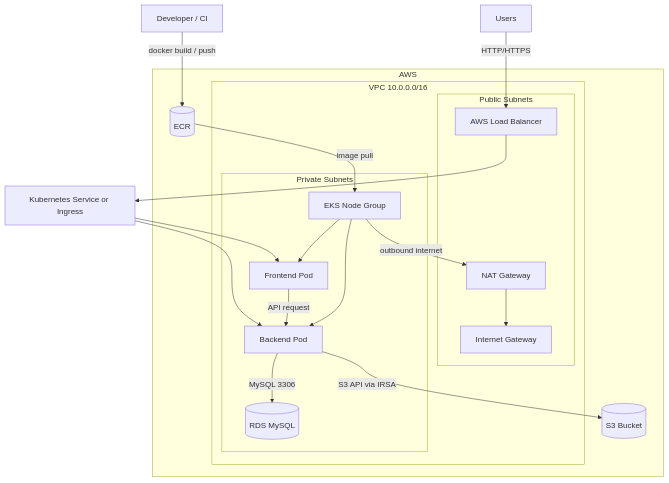
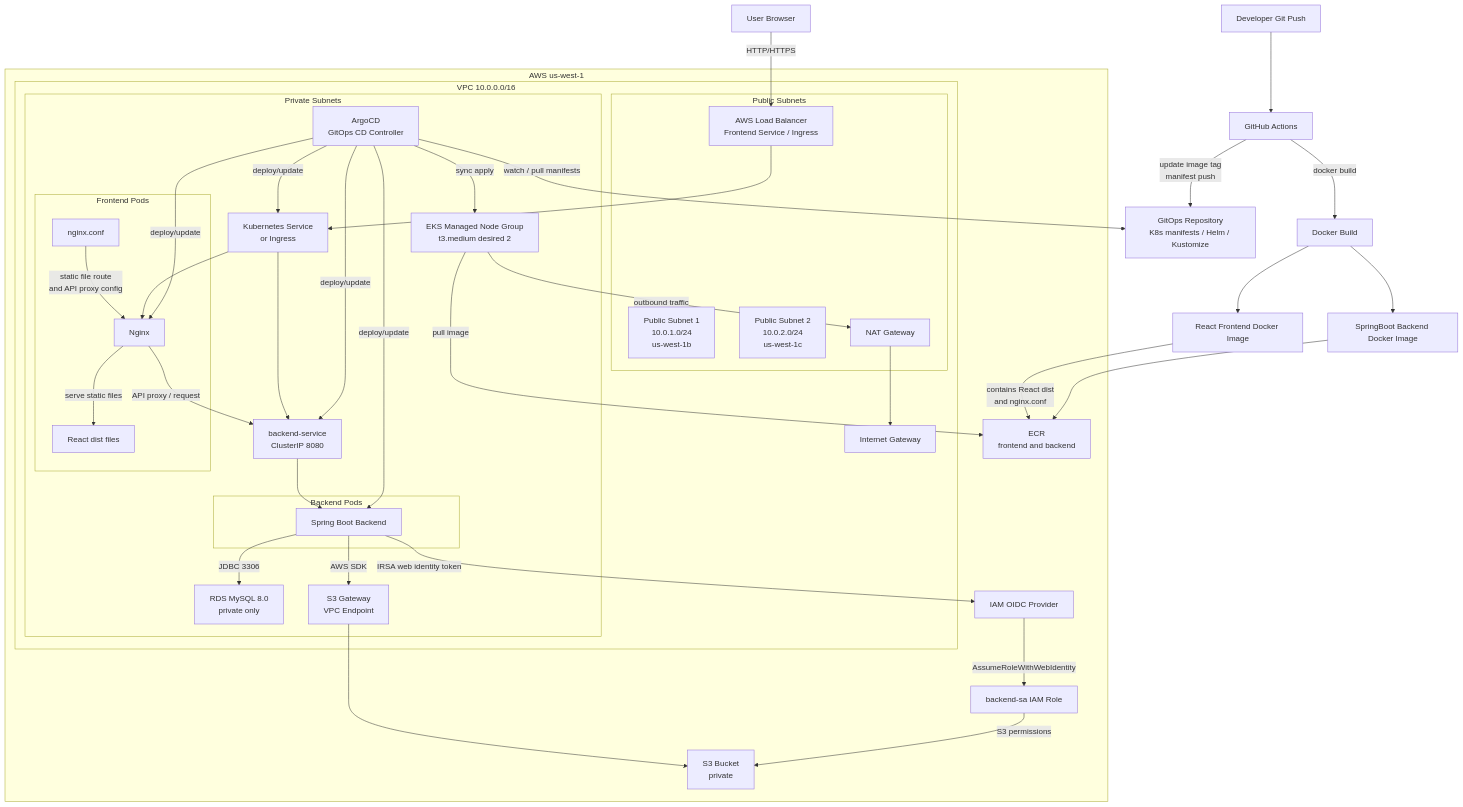
Before and after one commit to mmije0ng/Rookies_Terraform-k8s-infra: the diagram in README.md, drawn with Mermaid. The commit also changed other lines of this file and 7 other files, not shown here.

First line of the commit message:
docs: update ArgoCD architecture documentation

````diff
--- a/README.md
+++ b/README.md
@@ -71,39 +63,129 @@
 ```mermaid
 flowchart TB
-    users[Users] -->|HTTP/HTTPS| lb[AWS Load Balancer]
-    lb --> svc[Kubernetes Service or Ingress]
-    svc --> frontend[Frontend Pod]
-    svc --> backend[Backend Pod]
+    users["User Browser"]
 
-    frontend -->|API request| backend
-    backend -->|MySQL 3306| rds[(RDS MySQL)]
-    backend -->|S3 API via IRSA| s3[(S3 Bucket)]
+    dev["Developer Git Push"]
+    gh["GitHub Actions"]
+    repo["GitOps Repository<br/>K8s manifests / Helm / Kustomize"]
 
-    ci[Developer / CI] -->|docker build / push| ecr[(ECR)]
-    ecr -->|image pull| node[EKS Node Group]
-    node --> frontend
-    node --> backend
-    node -->|outbound internet| nat
+    subgraph aws["AWS us-west-1"]
 
-    subgraph aws["AWS"]
         subgraph vpc["VPC 10.0.0.0/16"]
-            subgraph public_subnets["Public Subnets"]
-                lb
-                nat[NAT Gateway]
-                igw[Internet Gateway]
+
+            igw["Internet Gateway"]
+
+            subgraph publicSubnets["Public Subnets"]
+
+                pub1["Public Subnet 1<br/>10.0.1.0/24<br/>us-west-1b"]
+
+                pub2["Public Subnet 2<br/>10.0.2.0/24<br/>us-west-1c"]
+
+                nat["NAT Gateway"]
+
+                lb["AWS Load Balancer<br/>Frontend Service / Ingress"]
+
             end
 
-            subgraph private_subnets["Private Subnets"]
-                node
-                frontend
-                backend
-                rds
+            subgraph privateSubnets["Private Subnets"]
+
+                nodes["EKS Managed Node Group<br/>t3.medium desired 2"]
+
+                argocd["ArgoCD<br/>GitOps CD Controller"]
+
+                svc["Kubernetes Service<br/>or Ingress"]
+
+                besvc["backend-service<br/>ClusterIP 8080"]
+
+                subgraph frontendPod["Frontend Pods"]
+
+                    nginx["Nginx"]
+
+                    dist["React dist files"]
+
+                    nginxConf["nginx.conf"]
+
+                    nginx -->|"serve static files"| dist
+
+                    nginxConf -->|"static file route<br/>and API proxy config"| nginx
+
+                end
+
+                subgraph backendPod["Backend Pods"]
+
+                    backend["Spring Boot Backend"]
+
+                end
+
+                rds["RDS MySQL 8.0<br/>private only"]
+
+                s3vpce["S3 Gateway<br/>VPC Endpoint"]
+
             end
         end
 
-        ecr
-        s3
+        ecr["ECR<br/>frontend and backend"]
+
+        s3["S3 Bucket<br/>private"]
+
+        oidc["IAM OIDC Provider"]
+
+        role["backend-sa IAM Role"]
+
     end
+
+    users -->|"HTTP/HTTPS"| lb
+
+    lb --> svc
+
+    svc --> nginx
+
+    svc --> besvc
+
+    nginx -->|"API proxy / request"| besvc
+
+    besvc --> backend
+
+    backend -->|"JDBC 3306"| rds
+
+    backend -->|"AWS SDK"| s3vpce
+
+    s3vpce --> s3
+
+    backend -->|"IRSA web identity token"| oidc
+
+    oidc -->|"AssumeRoleWithWebIdentity"| role
+
+    role -->|"S3 permissions"| s3
+
+    dev --> gh
+
+    gh -->|"docker build"| build["Docker Build"]
+
+    build --> frontendImage["React Frontend Docker Image"]
+
+    build --> backendImage["SpringBoot Backend Docker Image"]
+
+    frontendImage -->|"contains React dist<br/>and nginx.conf"| ecr
+
+    backendImage --> ecr
+
+    gh -->|"update image tag<br/>manifest push"| repo
+
+    argocd -->|"watch / pull manifests"| repo
+
+    argocd -->|"sync apply"| nodes
+
+    argocd -->|"deploy/update"| svc
+
+    argocd -->|"deploy/update"| nginx
+
+    argocd -->|"deploy/update"| backend
+
+    argocd -->|"deploy/update"| besvc
+
+    nodes -->|"pull image"| ecr
+
+    nodes -->|"outbound traffic"| nat
 
     nat --> igw
 ```
````
